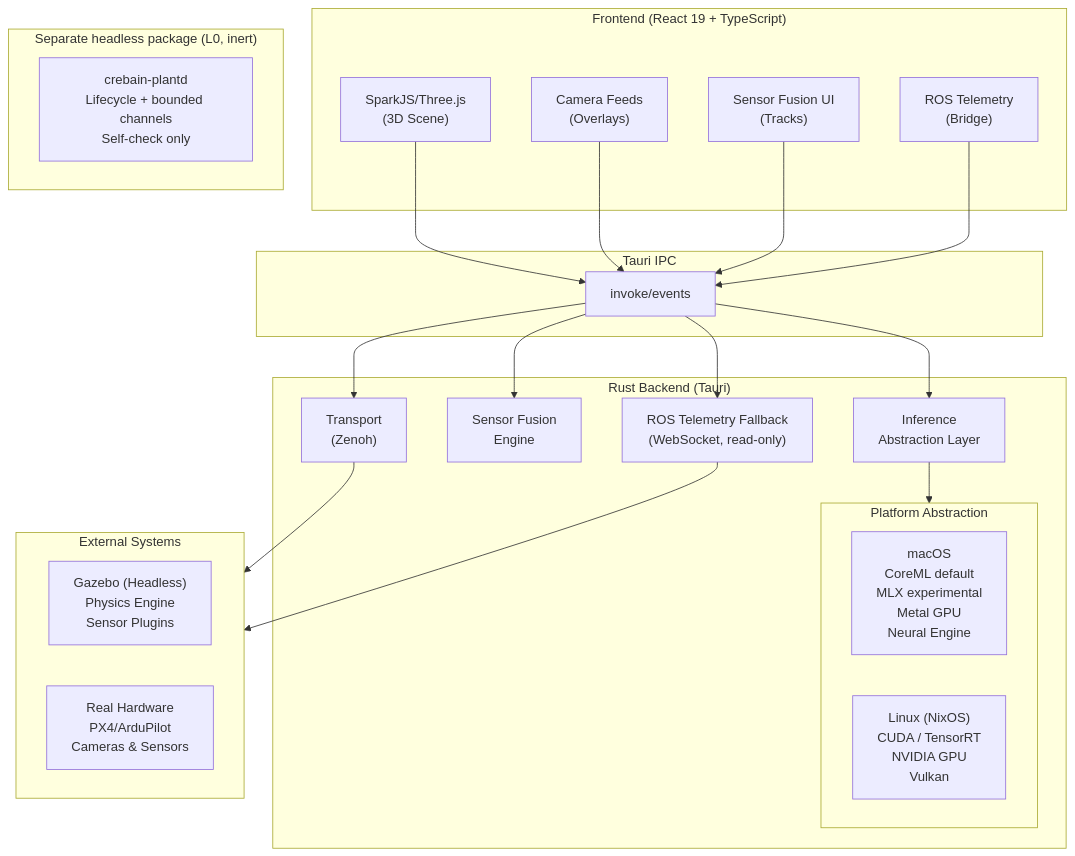
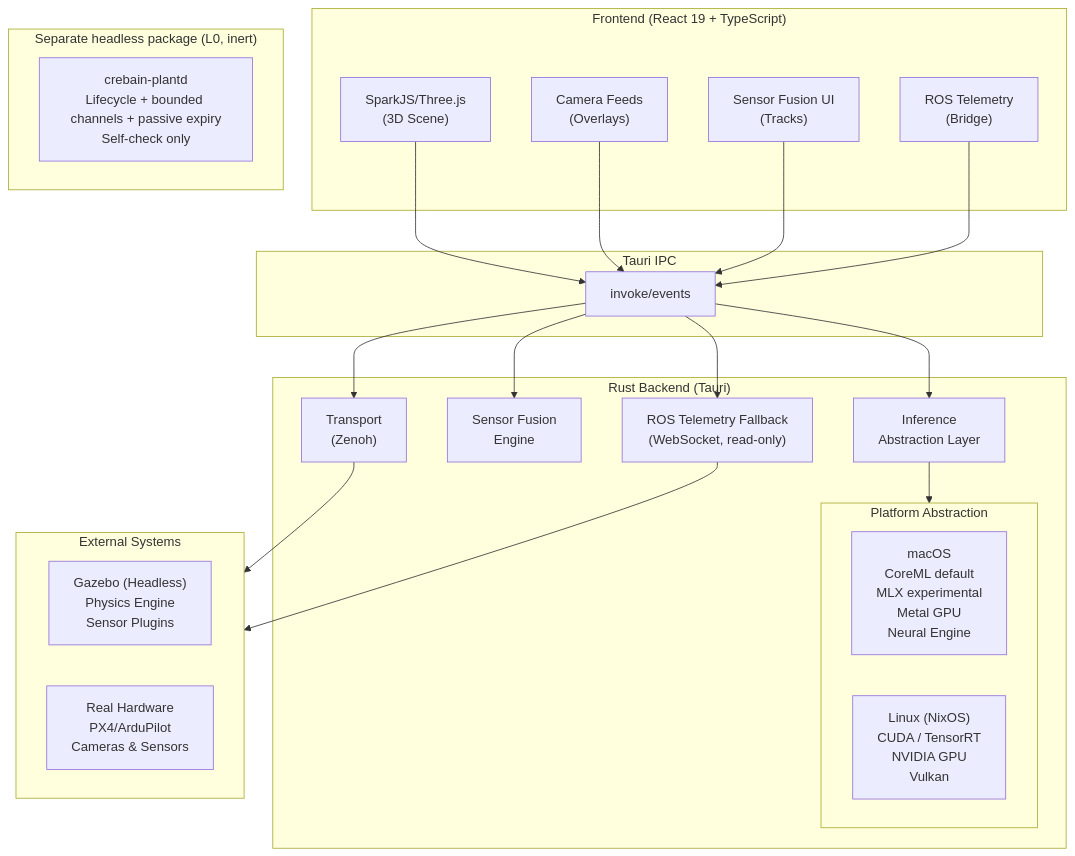
One commit to sepahead/crebain changed the first of 3 diagrams in docs/ARCHITECTURE.md. Above: the diagram before and after it, drawn with Mermaid. The commit also changed other lines of this file and 15 other files, not shown here.

Commit message:
feat(plant): add passive monotonic expiry guard

````diff
--- a/docs/ARCHITECTURE.md
+++ b/docs/ARCHITECTURE.md
@@ -10,49 +10,49 @@
 ```mermaid
 graph TB
     subgraph Frontend["Frontend (React 19 + TypeScript)"]
         ThreeJS["SparkJS/Three.js<br/>(3D Scene)"]
         CameraFeeds["Camera Feeds<br/>(Overlays)"]
         FusionUI["Sensor Fusion UI<br/>(Tracks)"]
         ROSControls["ROS Telemetry<br/>(Bridge)"]
     end
 
     subgraph IPC["Tauri IPC"]
         Invoke["invoke/events"]
     end
 
     subgraph Backend["Rust Backend (Tauri)"]
         Inference["Inference<br/>Abstraction Layer"]
         SensorFusion["Sensor Fusion<br/>Engine"]
         Zenoh["Transport<br/>(Zenoh)"]
         ROSBridge["ROS Telemetry Fallback<br/>(WebSocket, read-only)"]
 
         subgraph Platform["Platform Abstraction"]
             macOS["macOS<br/>CoreML default<br/>MLX experimental<br/>Metal GPU<br/>Neural Engine"]
             Linux["Linux (NixOS)<br/>CUDA / TensorRT<br/>NVIDIA GPU<br/>Vulkan"]
         end
     end
 
     subgraph PlantFoundation["Separate headless package (L0, inert)"]
-        Plantd["crebain-plantd<br/>Lifecycle + bounded channels<br/>Self-check only"]
+        Plantd["crebain-plantd<br/>Lifecycle + bounded channels + passive expiry<br/>Self-check only"]
     end
 
     subgraph External["External Systems"]
         Gazebo["Gazebo (Headless)<br/>Physics Engine<br/>Sensor Plugins"]
         Hardware["Real Hardware<br/>PX4/ArduPilot<br/>Cameras & Sensors"]
     end
 
     ThreeJS --> Invoke
     CameraFeeds --> Invoke
     FusionUI --> Invoke
     ROSControls --> Invoke
 
     Invoke --> Inference
     Invoke --> SensorFusion
     Invoke --> Zenoh
     Invoke --> ROSBridge
 
     Inference --> Platform
 
     Zenoh --> External
     ROSBridge --> External
 ```
````
